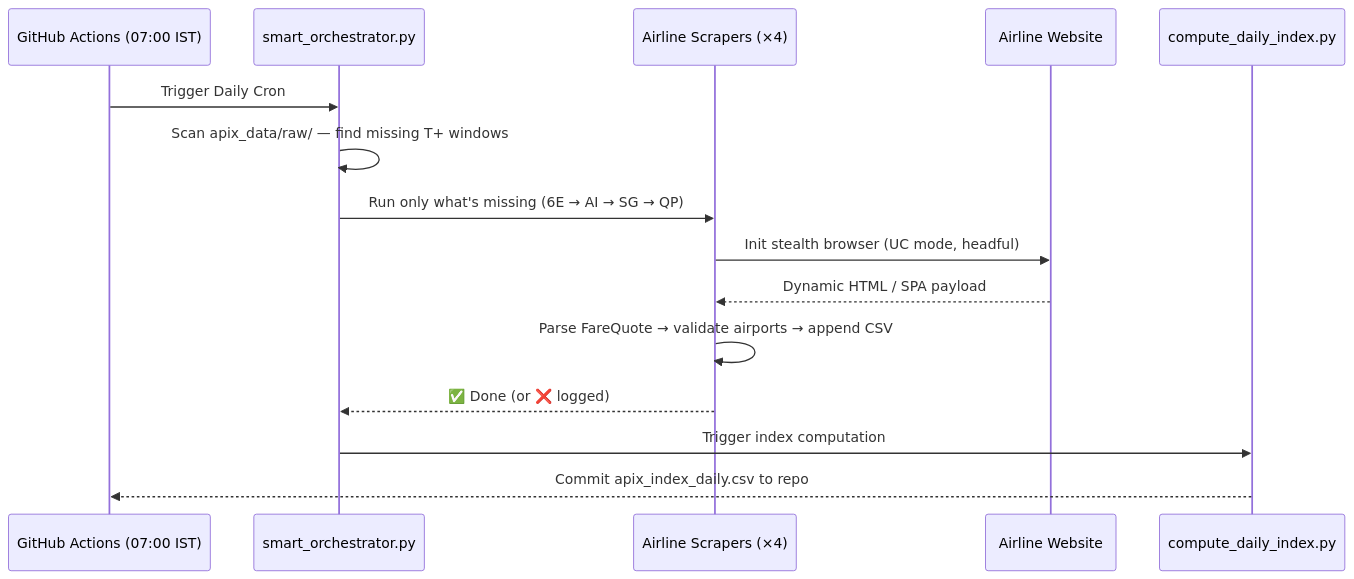
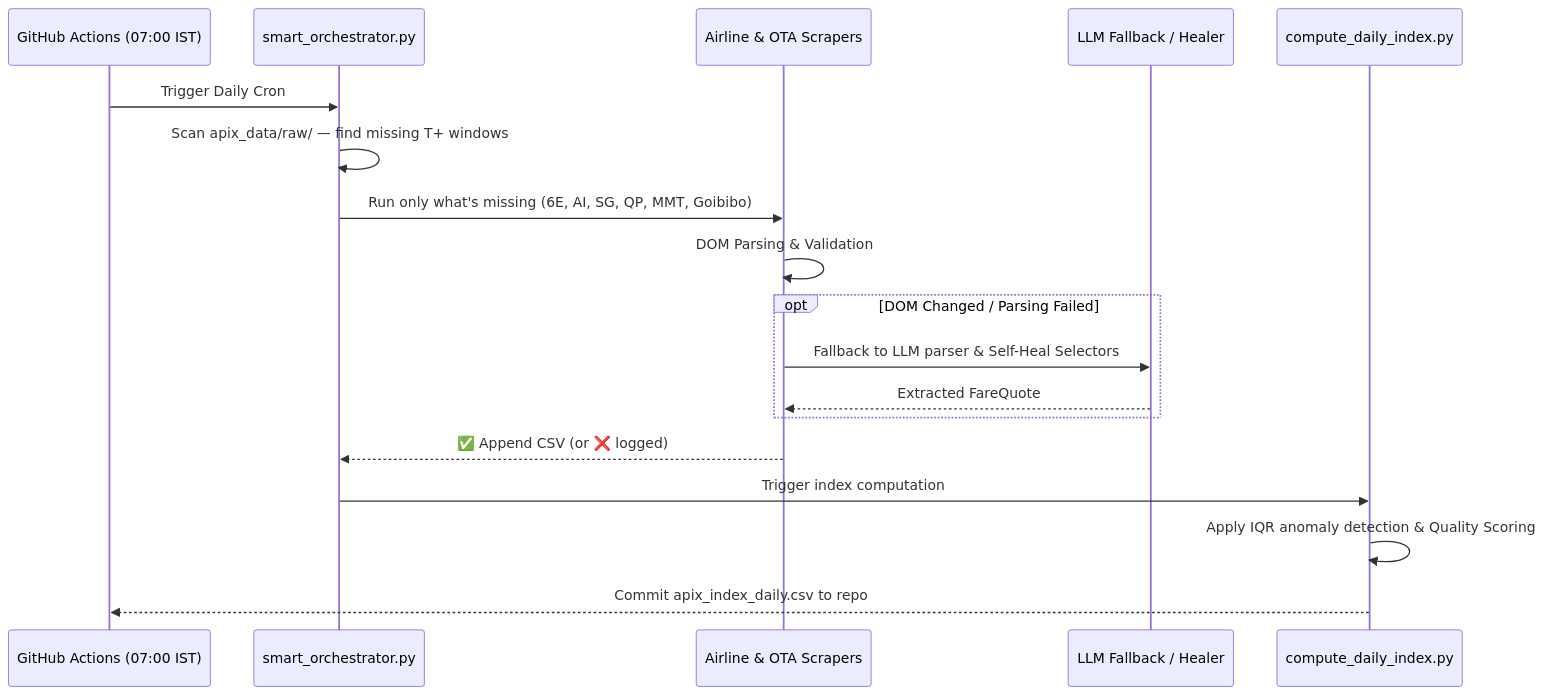
Before and after one commit to Rishavroy-2006/APIx: the first of 2 diagrams in README.md, drawn with Mermaid. The commit also changed other lines of this file, not shown here.

Commit message:
docs: update README with APIx v2 features (LLM, Dual Dashboards, OTAs)

````diff
--- a/README.md
+++ b/README.md
@@ -17,18 +21,21 @@
 ```mermaid
 sequenceDiagram
     participant GA  as GitHub Actions (07:00 IST)
     participant Orch as smart_orchestrator.py
-    participant Scraper as Airline Scrapers (×4)
-    participant Airline as Airline Website
+    participant Scraper as Airline & OTA Scrapers
+    participant LLM as LLM Fallback / Healer
     participant Compute as compute_daily_index.py
 
     GA->>Orch: Trigger Daily Cron
     Orch->>Orch: Scan apix_data/raw/ — find missing T+ windows
-    Orch->>Scraper: Run only what's missing (6E → AI → SG → QP)
-    Scraper->>Airline: Init stealth browser (UC mode, headful)
-    Airline-->>Scraper: Dynamic HTML / SPA payload
-    Scraper->>Scraper: Parse FareQuote → validate airports → append CSV
-    Scraper-->>Orch: ✅ Done (or ❌ logged)
+    Orch->>Scraper: Run only what's missing (6E, AI, SG, QP, MMT, Goibibo)
+    Scraper->>Scraper: DOM Parsing & Validation
+    opt DOM Changed / Parsing Failed
+        Scraper->>LLM: Fallback to LLM parser & Self-Heal Selectors
+        LLM-->>Scraper: Extracted FareQuote
+    end
+    Scraper-->>Orch: ✅ Append CSV (or ❌ logged)
     Orch->>Compute: Trigger index computation
+    Compute->>Compute: Apply IQR anomaly detection & Quality Scoring
     Compute-->>GA: Commit apix_index_daily.csv to repo
 ```
````
